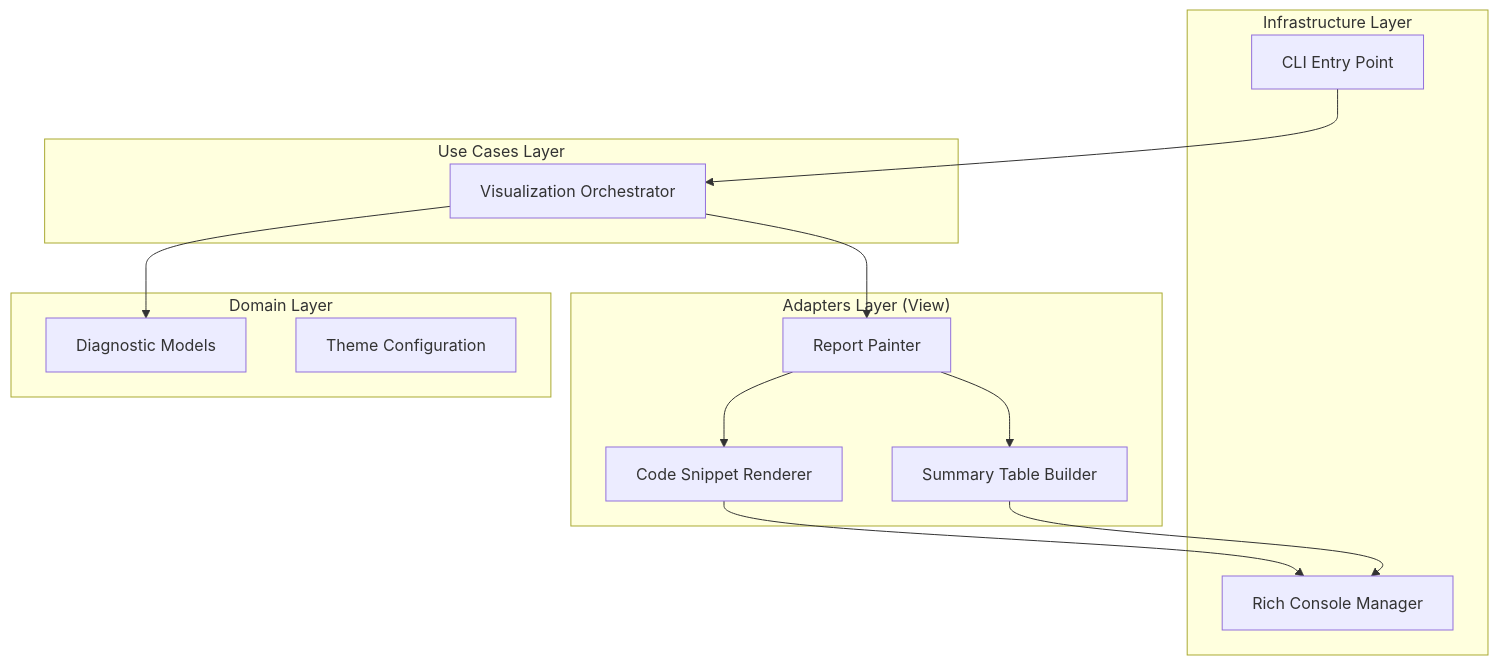
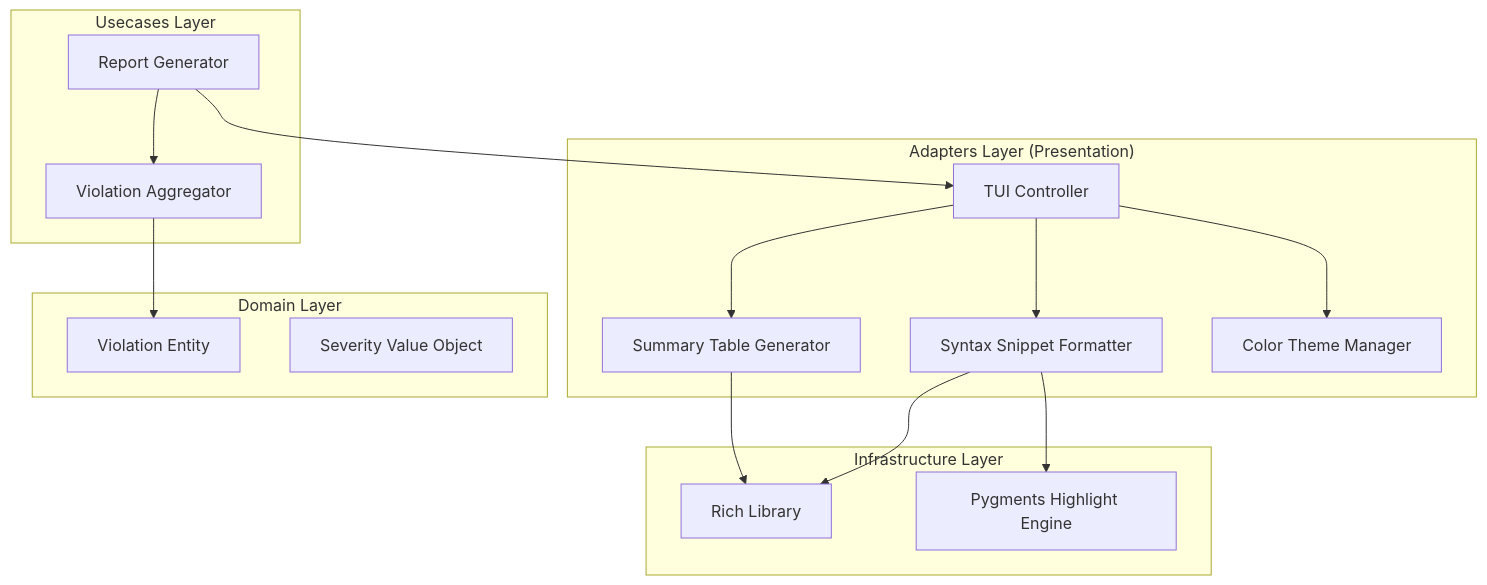
The diagram in specs/F3-rich-tui-visualizations-c8469018/design.md (davidlapsleyio/shipkode-python-linting-cli-utility), drawn with Mermaid before and after one commit. The commit also changed other lines of this file and 20 other files, not shown here.

````diff
--- a/specs/F3-rich-tui-visualizations-c8469018/design.md
+++ b/specs/F3-rich-tui-visualizations-c8469018/design.md
@@ -23,30 +23,29 @@
 ```mermaid
 graph TD
-    subgraph "Infrastructure Layer"
-        CLI[CLI Entry Point]
-        Console[Rich Console Manager]
+    subgraph "Adapters Layer (Presentation)"
+        TUI[TUI Controller] --> Table[Summary Table Generator]
+        TUI --> Snippet[Syntax Snippet Formatter]
+        TUI --> Theme[Color Theme Manager]
     end
 
-    subgraph "Adapters Layer (View)"
-        ReportPainter[Report Painter]
-        SnippetRenderer[Code Snippet Renderer]
-        SummaryTable[Summary Table Builder]
-    end
-
-    subgraph "Use Cases Layer"
-        Visualizer[Visualization Orchestrator]
+    subgraph "Usecases Layer"
+        ReportGen[Report Generator] --> ViolationAggregator[Violation Aggregator]
     end
 
     subgraph "Domain Layer"
-        DiagnosticModel[Diagnostic Models]
-        ThemeConfig[Theme Configuration]
+        Violation[Violation Entity]
+        Severity[Severity Value Object]
     end
 
-    CLI --> Visualizer
-    Visualizer --> ReportPainter
-    ReportPainter --> SnippetRenderer
-    ReportPainter --> SummaryTable
-    SnippetRenderer --> Console
-    SummaryTable --> Console
-    Visualizer --> DiagnosticModel
+    subgraph "Infrastructure Layer"
+        RichLib[Rich Library]
+        Pygments[Pygments Highlight Engine]
+    end
+
+    Table --> RichLib
+    Snippet --> Pygments
+    Snippet --> RichLib
+    ReportGen --> TUI
+    ViolationAggregator --> Violation
+
 ```
````
